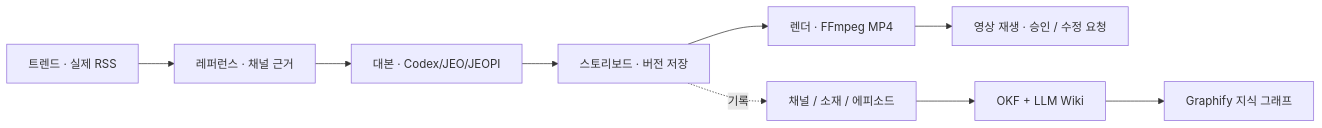
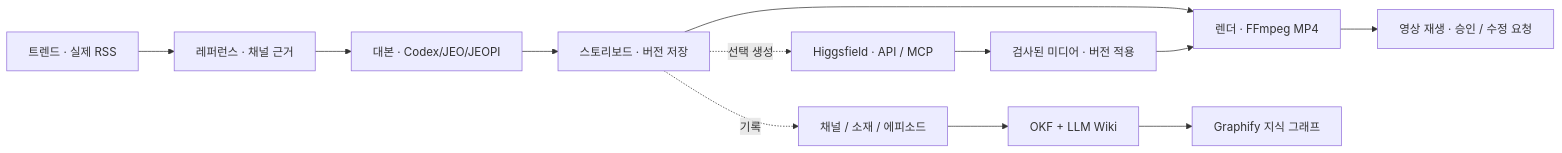
Before and after one commit to akillness/frameforge-studio: the first of 2 diagrams in README.md, drawn with Mermaid. The commit also changed other lines of this file and 91 other files, not shown here.

````diff
--- a/README.md
+++ b/README.md
@@ -34,11 +34,14 @@
 ```mermaid
 flowchart LR
   T[트렌드 · 실제 RSS] --> R[레퍼런스 · 채널 근거]
   R --> S[대본 · Codex/JEO/JEOPI]
   S --> B[스토리보드 · 버전 저장]
   B --> V[렌더 · FFmpeg MP4]
+  B -. 선택 생성 .-> H[Higgsfield · API / MCP]
+  H --> A[검사된 미디어 · 버전 적용]
+  A --> V
   V --> Q[영상 재생 · 승인 / 수정 요청]
   B -. 기록 .-> E[채널 / 소재 / 에피소드]
   E --> K[OKF + LLM Wiki]
   K --> G[Graphify 지식 그래프]
 ```
````
